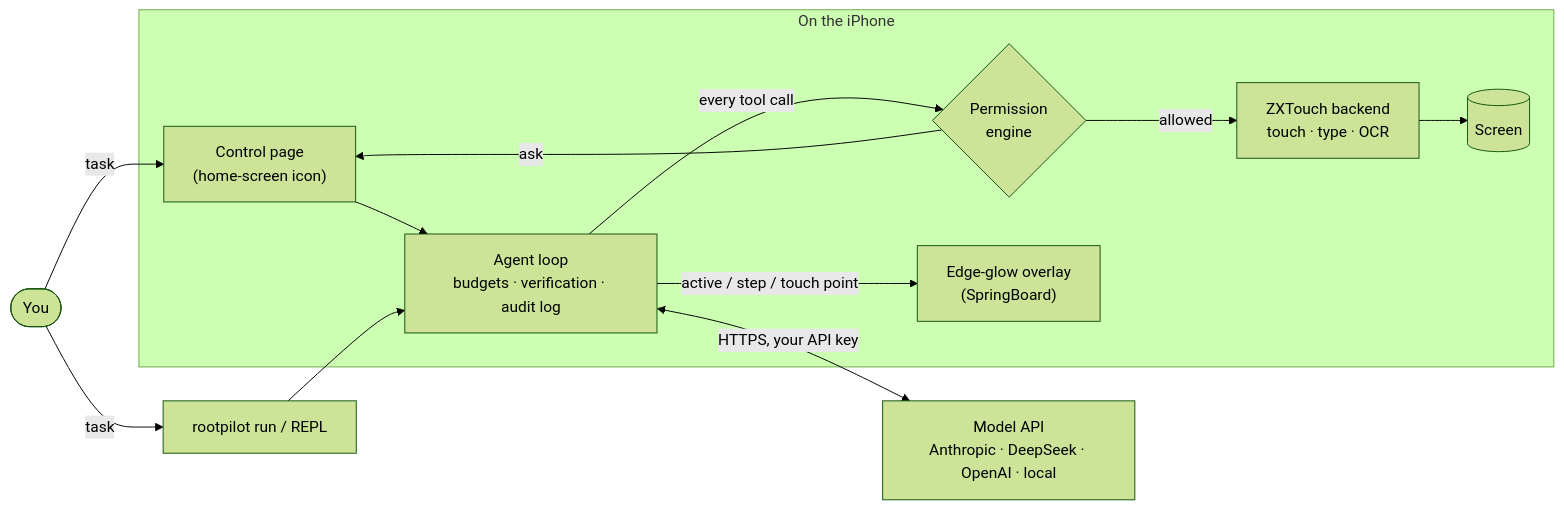
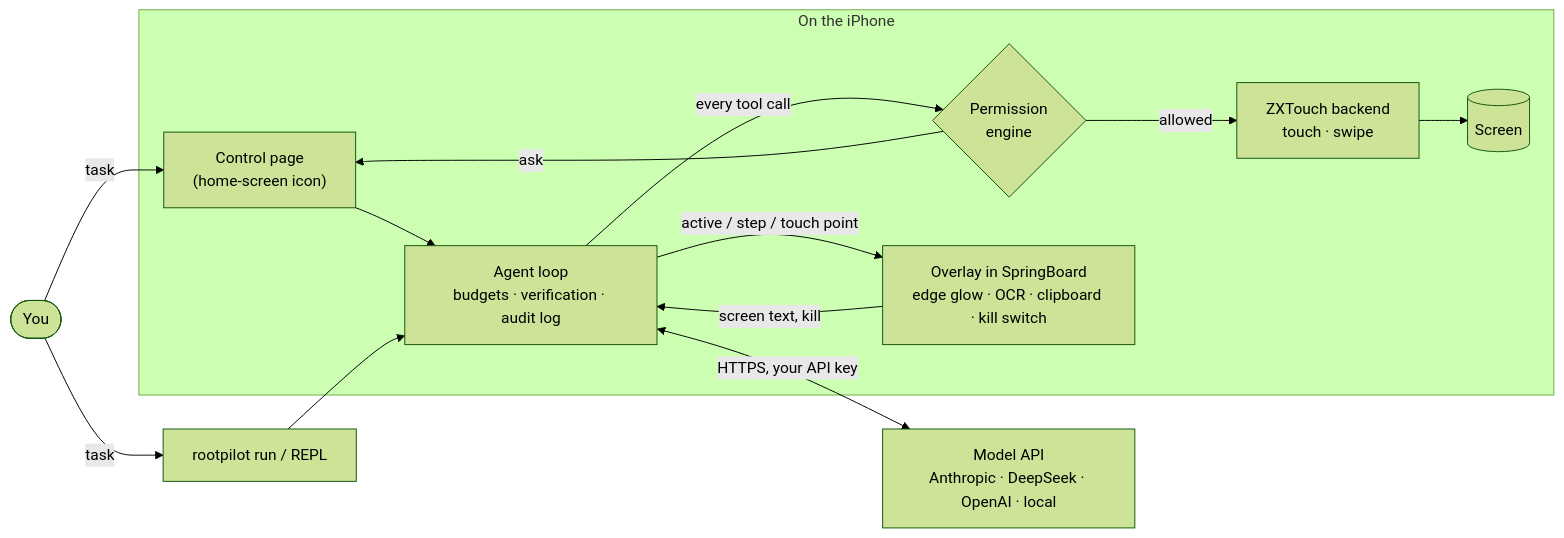
Before and after one commit to TZzAp/rootpilot: the diagram in README.md, drawn with Mermaid (forest theme). The commit also changed other lines of this file and 5 other files, not shown here.

First line of the commit message:
docs: kill switch, typing via the clipboard, overlay OCR, Arena, daemon memory fix

````diff
--- a/README.md
+++ b/README.md
@@ -52,15 +57,16 @@
 ```mermaid
 flowchart LR
     U([You]) -- task --> CP["Control page<br/>(home-screen icon)"]
     U -- task --> CLI["rootpilot run / REPL"]
     CP --> L
     CLI --> L
     subgraph Phone["On the iPhone"]
         L["Agent loop<br/>budgets · verification · audit log"] -- every tool call --> P{"Permission<br/>engine"}
-        P -- allowed --> B["ZXTouch backend<br/>touch · type · OCR"]
+        P -- allowed --> B["ZXTouch backend<br/>touch · swipe"]
         P -- ask --> CP
-        L -- "active / step / touch point" --> H["Edge-glow overlay<br/>(SpringBoard)"]
+        L -- "active / step / touch point" --> H["Overlay in SpringBoard<br/>edge glow · OCR · clipboard · kill switch"]
+        H -- "screen text, kill" --> L
         B --> S[(Screen)]
     end
     L <-- "HTTPS, your API key" --> M["Model API<br/>Anthropic · DeepSeek · OpenAI · local"]
 ```
````
